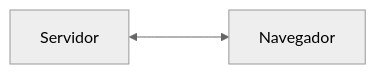
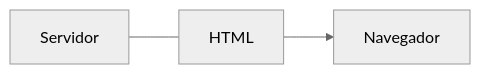
The second of 2 diagrams in docs/webdev.md (akobashikawa/vitepress-akcstudio), drawn with Mermaid (neutral theme) before and after one commit. The commit also changed other lines of this file and 7 other files, not shown here.

````diff
--- a/docs/webdev.md
+++ b/docs/webdev.md
@@ -63,4 +66,4 @@
 ```mermaid
 flowchart LR
-  Servidor <---> Navegador
+  Servidor --- HTML --> Navegador
 ```
````
